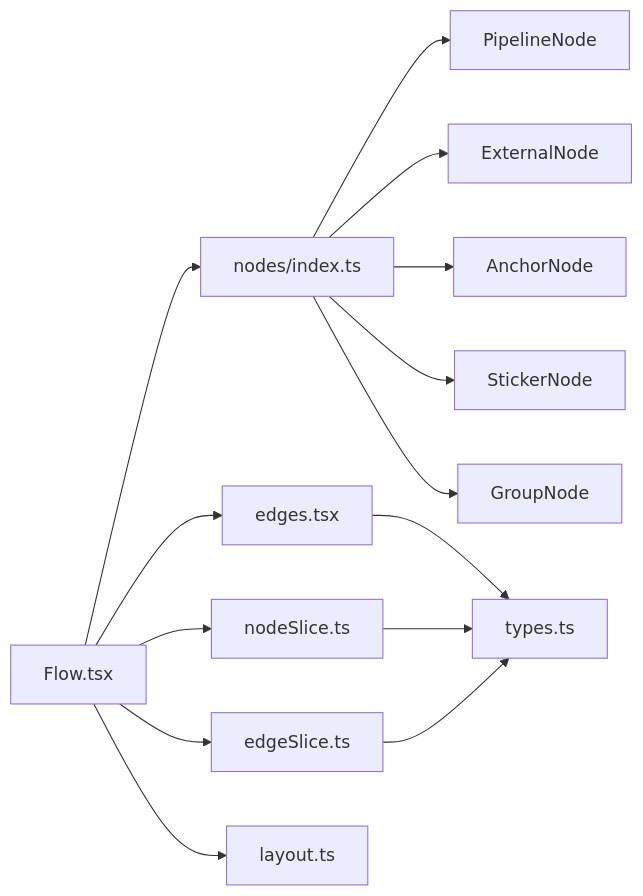
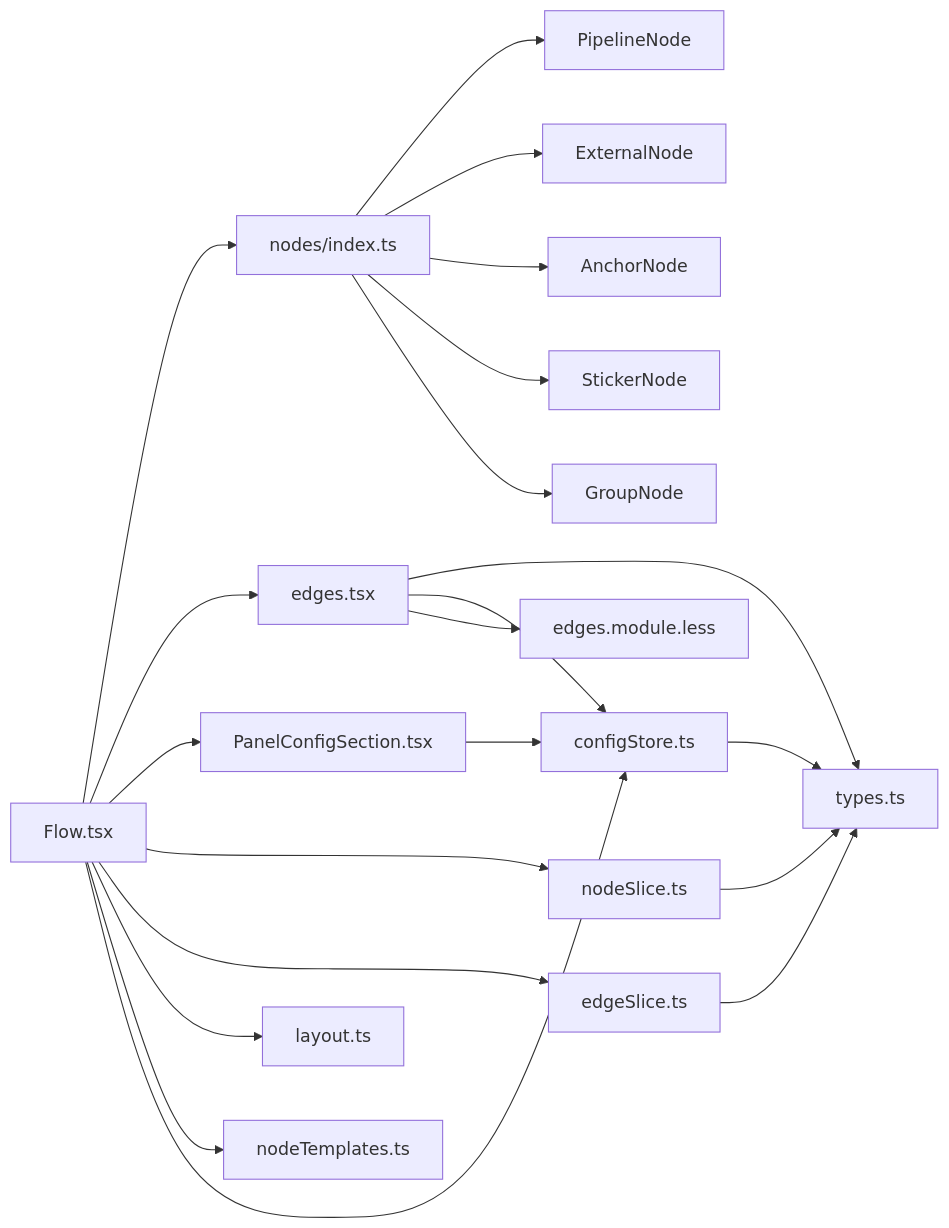
One commit to kqcoxn/MaaPipelineEditor changed the ninth of 10 diagrams in .qoder/repowiki/zh/content/工作流编辑器/工作流编辑器.md. Above: the diagram before and after it, drawn with Mermaid. The commit also changed other lines of this file and 3 other files, not shown here.

````diff
--- a/.qoder/repowiki/zh/content/工作流编辑器/工作流编辑器.md
+++ b/.qoder/repowiki/zh/content/工作流编辑器/工作流编辑器.md
@@ -365,16 +437,23 @@
 ```mermaid
 graph LR
 Flow["Flow.tsx"] --> NodesIdx["nodes/index.ts"]
 Flow --> Edges["edges.tsx"]
+Flow --> ConfigPanel["PanelConfigSection.tsx"]
 Flow --> NS["nodeSlice.ts"]
 Flow --> ES["edgeSlice.ts"]
 Flow --> Layout["layout.ts"]
+Flow --> Templates["nodeTemplates.ts"]
+Flow --> ConfigStore["configStore.ts"]
 NodesIdx --> PN["PipelineNode"]
 NodesIdx --> EN["ExternalNode"]
 NodesIdx --> AN["AnchorNode"]
 NodesIdx --> SN["StickerNode"]
 NodesIdx --> GN["GroupNode"]
 Edges --> Types["types.ts"]
+Edges --> ConfigStore
+Edges --> Styles["edges.module.less"]
 NS --> Types
 ES --> Types
+ConfigPanel --> ConfigStore
+ConfigStore --> Types
 ```
````
